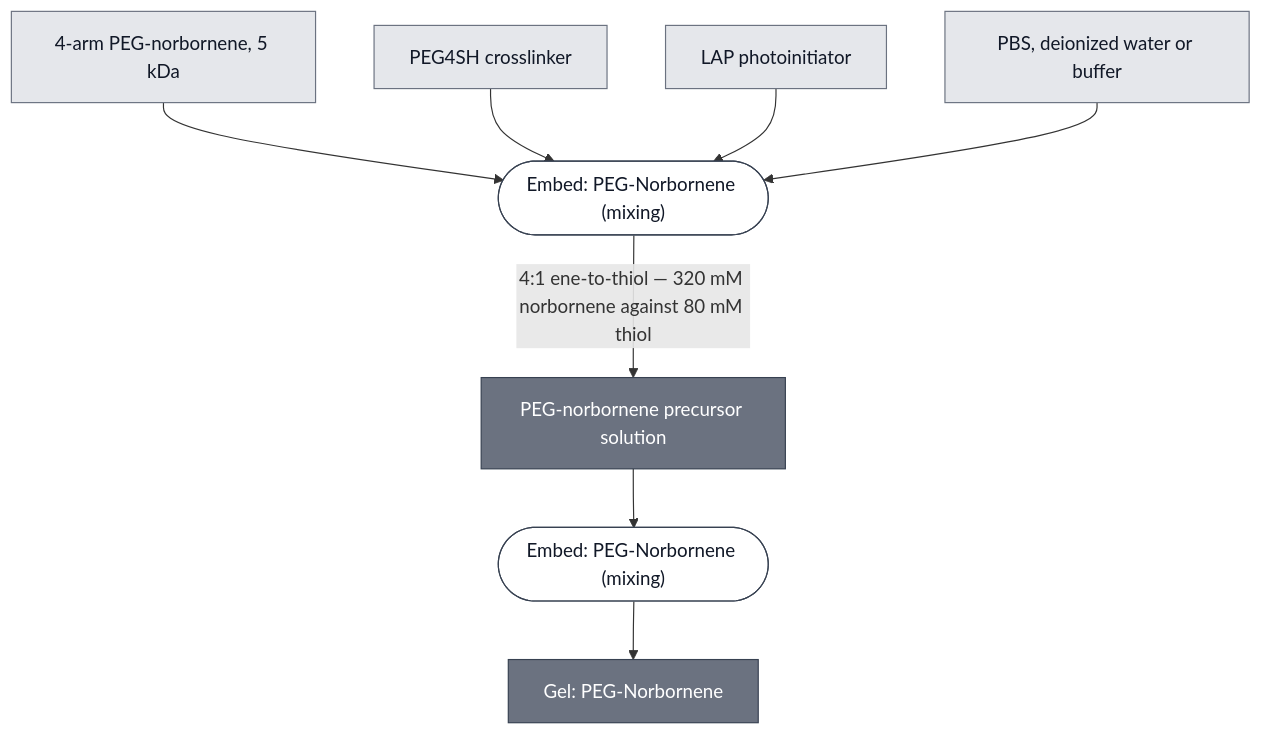
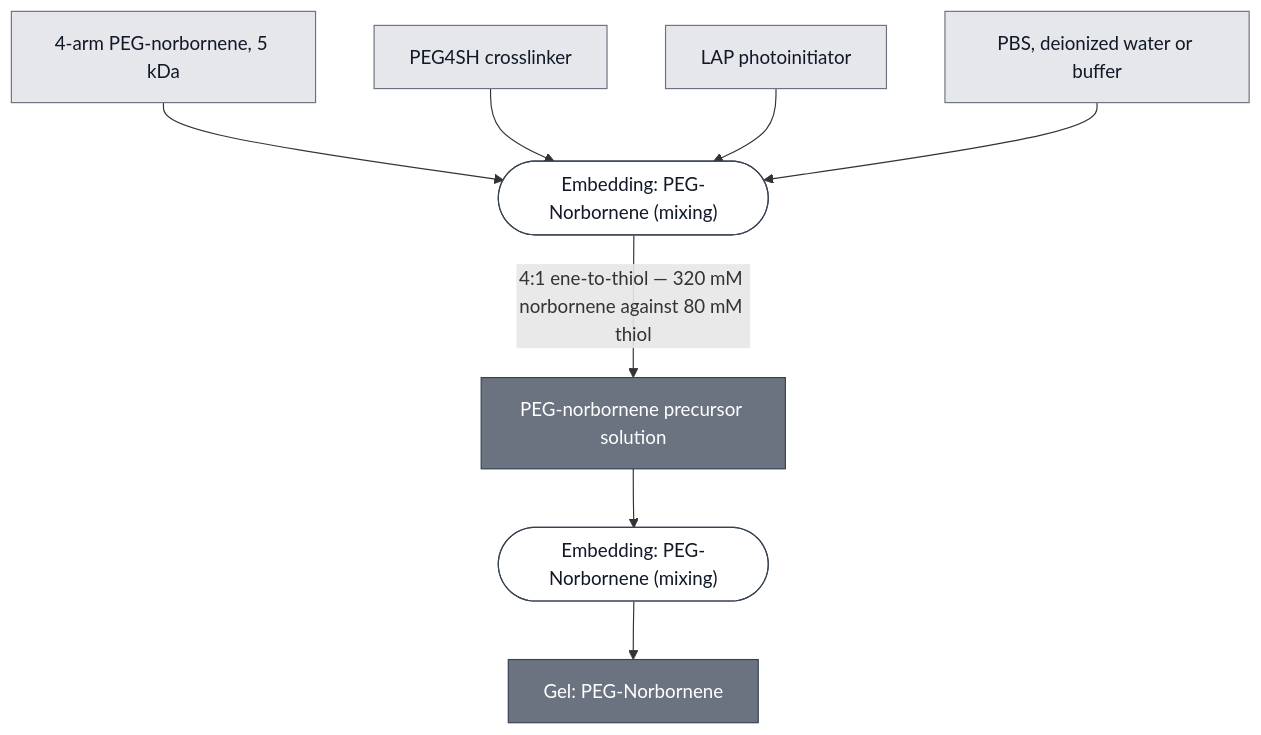
Before and after one commit to nucleus-eng/nucleus-docs: the diagram in docs/modules/gel-peg-norbornene/spec.md, drawn with Mermaid. The commit also changed other lines of this file and 42 other files, not shown here.

First line of the commit message:
All five embedding routes become Embedding: X, and Embed: was my outlier

````diff
--- a/docs/modules/gel-peg-norbornene/spec.md
+++ b/docs/modules/gel-peg-norbornene/spec.md
@@ -32,33 +32,33 @@
 ```mermaid
 flowchart TD
     PEG4NB["4-arm PEG-norbornene, 5 kDa"]
     PEG4SH["PEG4SH crosslinker"]
     LAP["LAP photoinitiator"]
     SOLVENT["PBS, deionized water or buffer"]
 
-    P1_ASSEMBLE_PRECURSOR_0(["Embed: PEG-Norbornene (mixing)"])
+    P1_ASSEMBLE_PRECURSOR_0(["Embedding: PEG-Norbornene (mixing)"])
     PEG_NORBORNENE_PRECURSOR["PEG-norbornene precursor solution"]
-    P2_PHOTOPATTERN_0(["Embed: PEG-Norbornene (mixing)"])
+    P2_PHOTOPATTERN_0(["Embedding: PEG-Norbornene (mixing)"])
     GEL_PEG_NORBORNENE["Gel: PEG-Norbornene"]
 
     PEG4NB --> P1_ASSEMBLE_PRECURSOR_0
     PEG4SH --> P1_ASSEMBLE_PRECURSOR_0
     LAP --> P1_ASSEMBLE_PRECURSOR_0
     SOLVENT --> P1_ASSEMBLE_PRECURSOR_0
     P1_ASSEMBLE_PRECURSOR_0 -->|"4:1 ene-to-thiol — 320 mM norbornene against 80 mM thiol"| PEG_NORBORNENE_PRECURSOR
 
     PEG_NORBORNENE_PRECURSOR --> P2_PHOTOPATTERN_0
     P2_PHOTOPATTERN_0 --> GEL_PEG_NORBORNENE
 
 
     classDef leaf     fill:#e5e7eb,stroke:#6b7280,color:#111827;
     classDef composed fill:#6b7280,stroke:#374151,color:#ffffff;
     classDef process  fill:#ffffff,stroke:#374151,color:#111827;
     class PEG4NB,PEG4SH,LAP,SOLVENT leaf;
     class PEG_NORBORNENE_PRECURSOR,GEL_PEG_NORBORNENE composed;
     class P1_ASSEMBLE_PRECURSOR_0,P2_PHOTOPATTERN_0 process;
 
     click P1_ASSEMBLE_PRECURSOR_0 "/docs/processes/embed-peg-norbornene/main"
     click P2_PHOTOPATTERN_0 "/docs/processes/embed-peg-norbornene/main"
     click GEL_PEG_NORBORNENE "/docs/modules/gel-peg-norbornene/spec"
 ```
````
